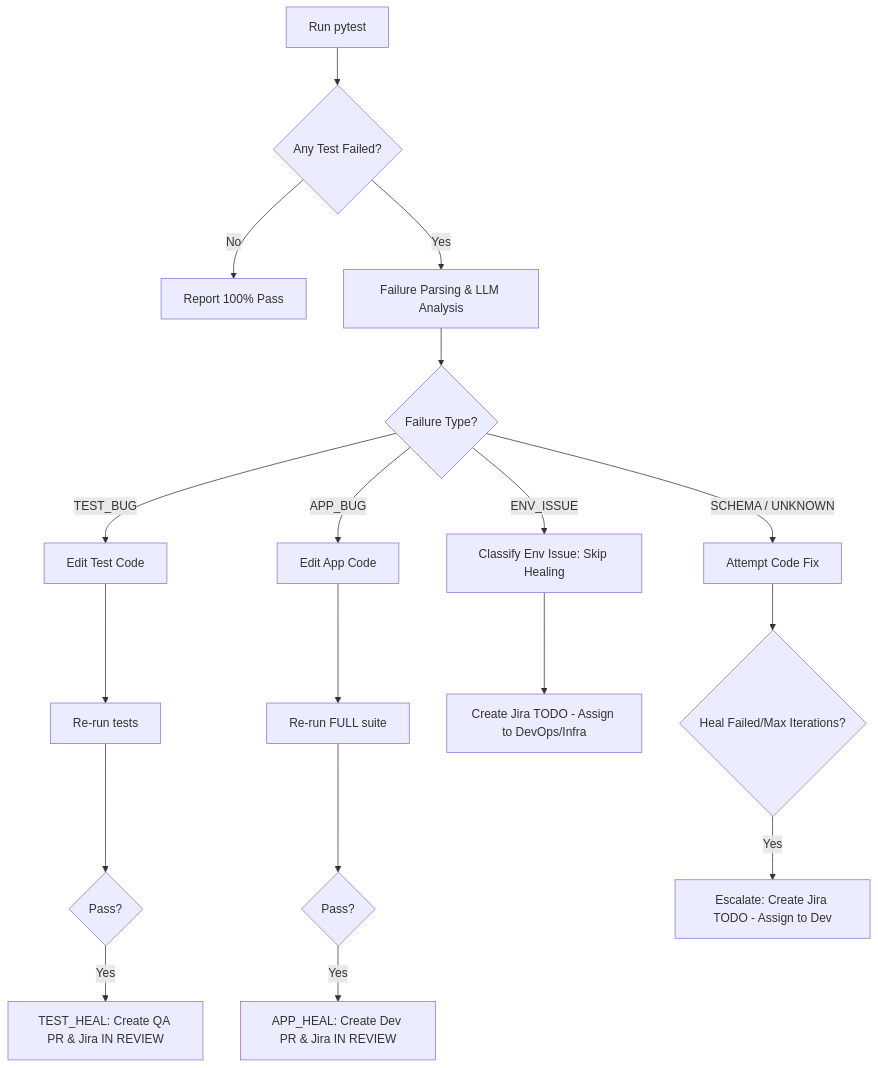
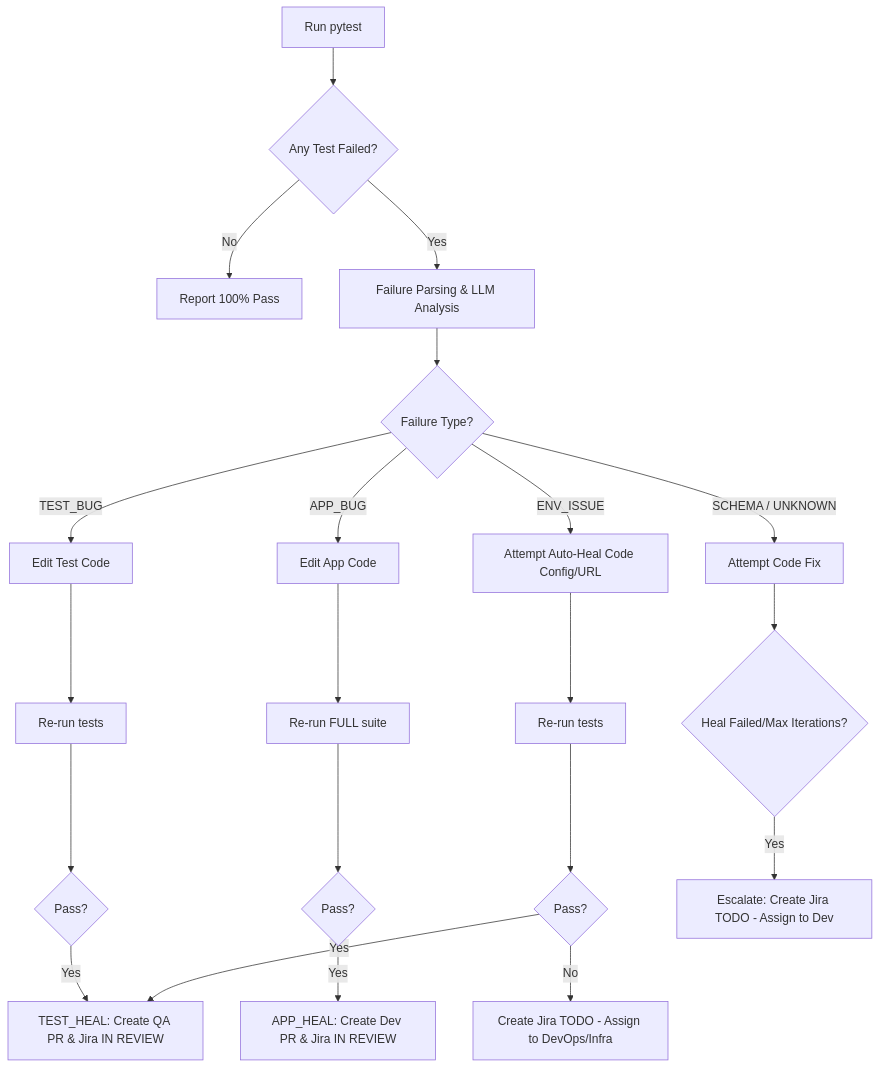
Before and after one commit to mohit-mungra-moschip/agentic_pipeline: the diagram in demo_presentation_guide.md, drawn with Mermaid. The commit also changed other lines of this file and 1 other file, not shown here.

````diff
--- a/demo_presentation_guide.md
+++ b/demo_presentation_guide.md
@@ -108,25 +108,28 @@
 ```mermaid
 graph TD
     A[Run pytest] --> B{Any Test Failed?}
     B -- No --> C[Report 100% Pass]
     B -- Yes --> D[Failure Parsing & LLM Analysis]
     
     D --> E{Failure Type?}
     
     E -- TEST_BUG --> F[Edit Test Code]
     F --> G[Re-run tests]
     G --> H{Pass?}
     H -- Yes --> I[TEST_HEAL: Create QA PR & Jira IN REVIEW]
     
     E -- APP_BUG --> J[Edit App Code]
     J --> K[Re-run FULL suite]
     K --> L{Pass?}
     L -- Yes --> M[APP_HEAL: Create Dev PR & Jira IN REVIEW]
     
-    E -- ENV_ISSUE --> N[Classify Env Issue: Skip Healing]
-    N --> O[Create Jira TODO - Assign to DevOps/Infra]
+    E -- ENV_ISSUE --> N[Attempt Auto-Heal Code Config/URL]
+    N --> N2[Re-run tests]
+    N2 --> N3{Pass?}
+    N3 -- Yes --> I
+    N3 -- No --> O[Create Jira TODO - Assign to DevOps/Infra]
     
     E -- SCHEMA / UNKNOWN --> P[Attempt Code Fix]
     P --> Q{Heal Failed/Max Iterations?}
     Q -- Yes --> R[Escalate: Create Jira TODO - Assign to Dev]
 ```
````
